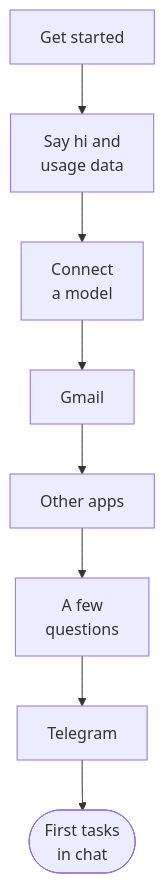
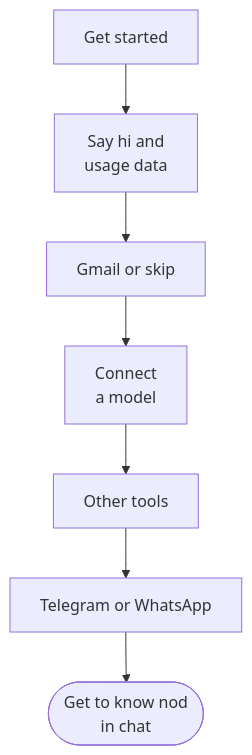
Before and after one commit to MichielMAnalytics/nod: the diagram in docs/src/content/docs/get-started/first-conversation.mdx, drawn with Mermaid. The commit also changed other lines of this file and 51 other files, not shown here.

````diff
--- a/docs/src/content/docs/get-started/first-conversation.mdx
+++ b/docs/src/content/docs/get-started/first-conversation.mdx
@@ -16,10 +16,9 @@
 ```mermaid
 flowchart TD
   start[Get started] --> hi[Say hi and<br/>usage data]
-  hi --> model[Connect<br/>a model]:::accent
-  model --> gmail[Gmail]:::accent
-  gmail --> apps[Other apps]:::muted
-  apps --> q[A few<br/>questions]
-  q --> tg[Telegram]:::muted
-  tg --> cards([First tasks<br/>in chat]):::go
+  hi --> gmail[Gmail or skip]:::muted
+  gmail --> model[Connect<br/>a model]:::accent
+  model --> apps[Other tools]:::muted
+  apps --> messaging[Telegram or WhatsApp]:::muted
+  messaging --> chat([Get to know nod<br/>in chat]):::go
 ```
````
